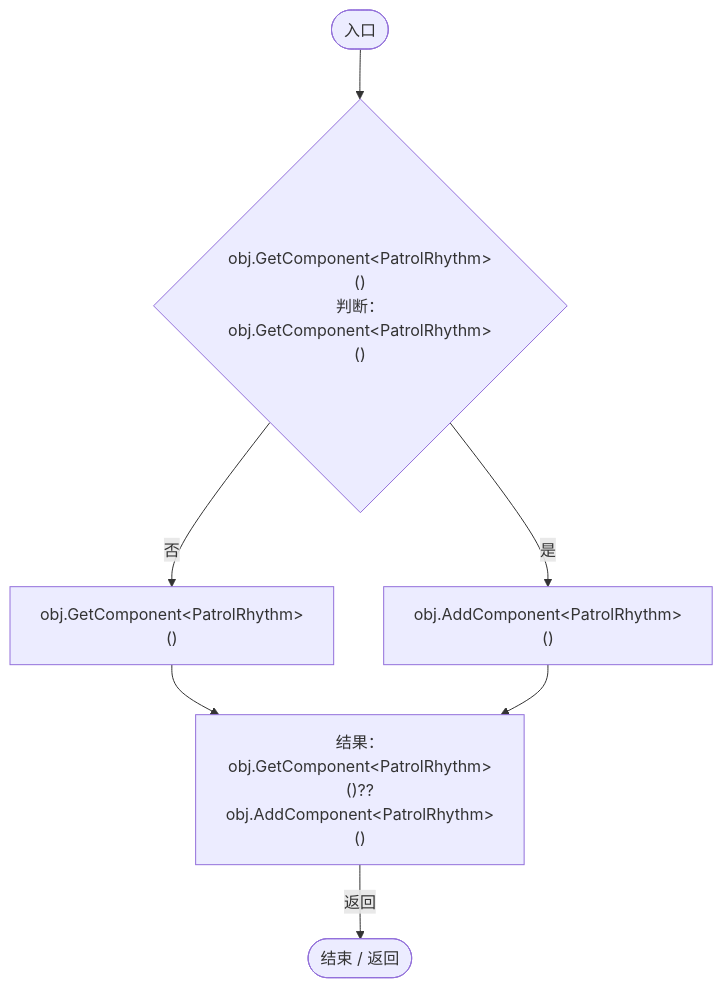
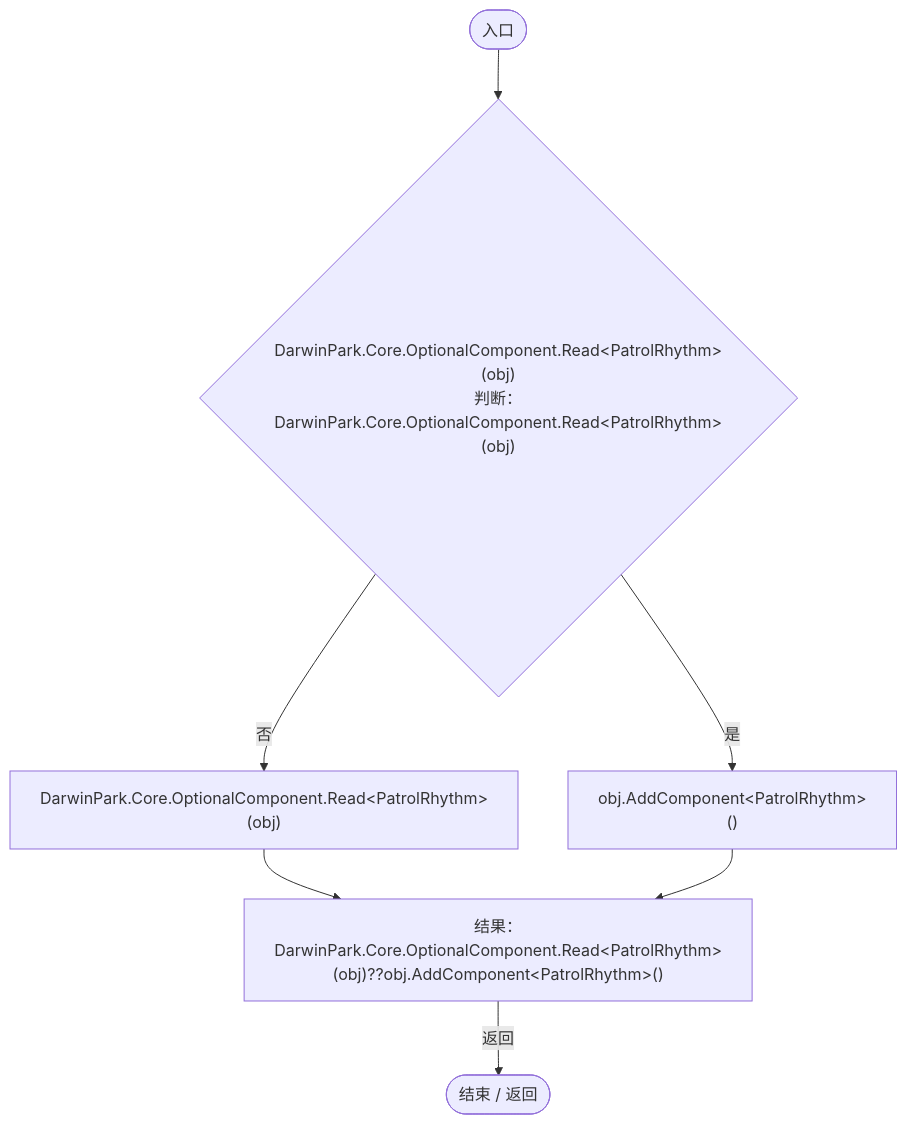
Before and after one commit to xhs6666/Darwin_paradise: the third of 10 diagrams in Docs/运行流程图/脚本/f55940fd5773d413.md, drawn with Mermaid. The commit also changed other lines of this file and 297 other files, not shown here.

````diff
--- a/Docs/运行流程图/脚本/f55940fd5773d413.md
+++ b/Docs/运行流程图/脚本/f55940fd5773d413.md
@@ -63,16 +63,16 @@
 ```mermaid
 flowchart TD
   b0(["入口"])
-  b1{"obj.GetComponent&lt;PatrolRhythm&gt;()<br/>判断：obj.GetComponent&lt;PatrolRhythm&gt;()"}
-  b2["obj.GetComponent&lt;PatrolRhythm&gt;()"]
+  b1{"DarwinPark.Core.OptionalComponent.Read&lt;PatrolRhythm&gt;(obj)<br/>判断：DarwinPark.Core.OptionalComponent.Read&lt;PatrolRhythm&gt;(obj)"}
+  b2["DarwinPark.Core.OptionalComponent.Read&lt;PatrolRhythm&gt;(obj)"]
   b3["obj.AddComponent&lt;PatrolRhythm&gt;()"]
-  b4["结果：obj.GetComponent&lt;PatrolRhythm&gt;()??obj.AddComponent&lt;PatrolRhythm&gt;()"]
+  b4["结果：DarwinPark.Core.OptionalComponent.Read&lt;PatrolRhythm&gt;(obj)??obj.AddComponent&lt;PatrolRhythm&gt;()"]
   b5(["结束 / 返回"])
   b0 --> b1
   b1 -->|"否"| b2
   b1 -->|"是"| b3
   b2 --> b4
   b3 --> b4
   b4 -->|"返回"| b5
 
 ```
````
